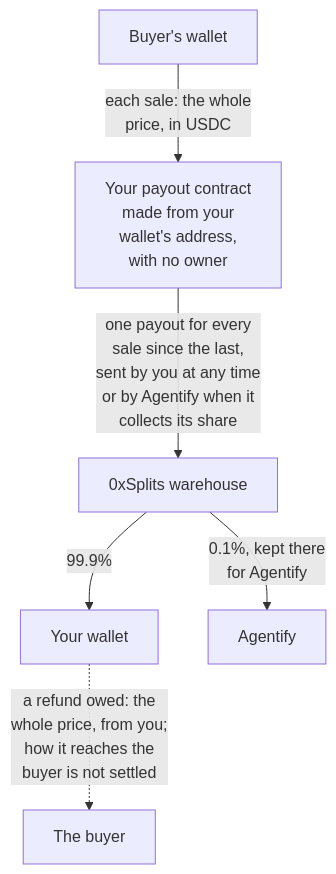
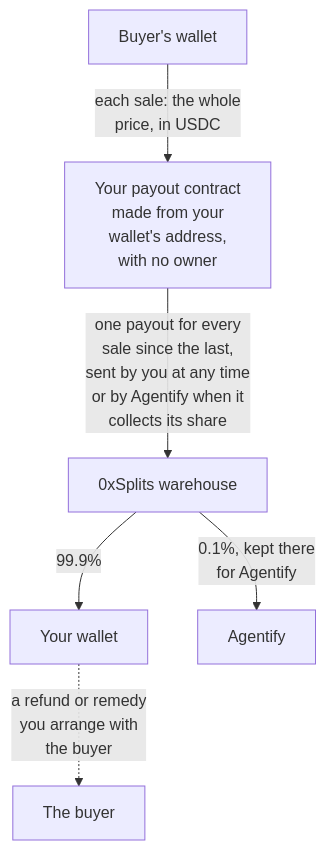
Before and after one commit to nuanu-ai/agentify: the diagram in apps/docs/money.md, drawn with Mermaid. The commit also changed other lines of this file and 133 other files, not shown here.

Commit message:
feat: let merchants close fulfillment without refund adjudication

````diff
--- a/apps/docs/money.md
+++ b/apps/docs/money.md
@@ -10,10 +10,10 @@
 ```mermaid
 flowchart TB
     accTitle: Where a buyer's payment goes
-    accDescr: Each sale pays the whole price in USDC into your payout contract, which is made from your wallet's address and has no owner. One payout transaction, sent by you at any time or by Agentify when it collects its own share, pays out every sale since the last payout through the shared 0xSplits warehouse: 99.9 percent to your wallet, and 0.1 percent kept in the warehouse for Agentify. A refund owed is the whole price, from your own wallet; how it reaches the buyer is not settled yet, and nothing Agentify gives you names the buyer's address.
+    accDescr: Each sale pays the whole price in USDC into your payout contract, which is made from your wallet's address and has no owner. One payout transaction, sent by you at any time or by Agentify when it collects its own share, pays out every sale since the last payout through the shared 0xSplits warehouse: 99.9 percent to your wallet, and 0.1 percent kept in the warehouse for Agentify. Any refund or another remedy is arranged by the merchant with the buyer, outside Agentify. Merchant closure records only the end of future Agentify fulfillment.
     B["Buyer's wallet"] -- "each sale: the whole<br/>price, in USDC" --> C["Your payout contract<br/>made from your<br/>wallet's address,<br/>with no owner"]
     C -- "one payout for every<br/>sale since the last,<br/>sent by you at any time<br/>or by Agentify when it<br/>collects its share" --> W["0xSplits warehouse"]
     W -- "99.9%" --> Y["Your wallet"]
     W -- "0.1%, kept there<br/>for Agentify" --> F["Agentify"]
-    Y -. "a refund owed: the<br/>whole price, from you;<br/>how it reaches the<br/>buyer is not settled" .-> R["The buyer"]
+    Y -. "a refund or remedy<br/>you arrange with<br/>the buyer" .-> R["The buyer"]
 ```
````
